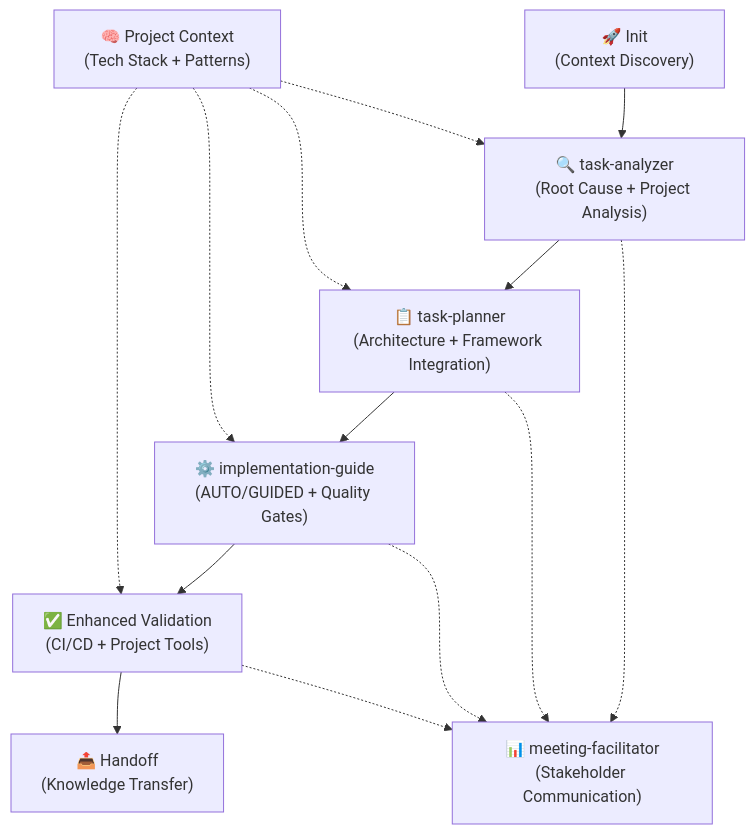
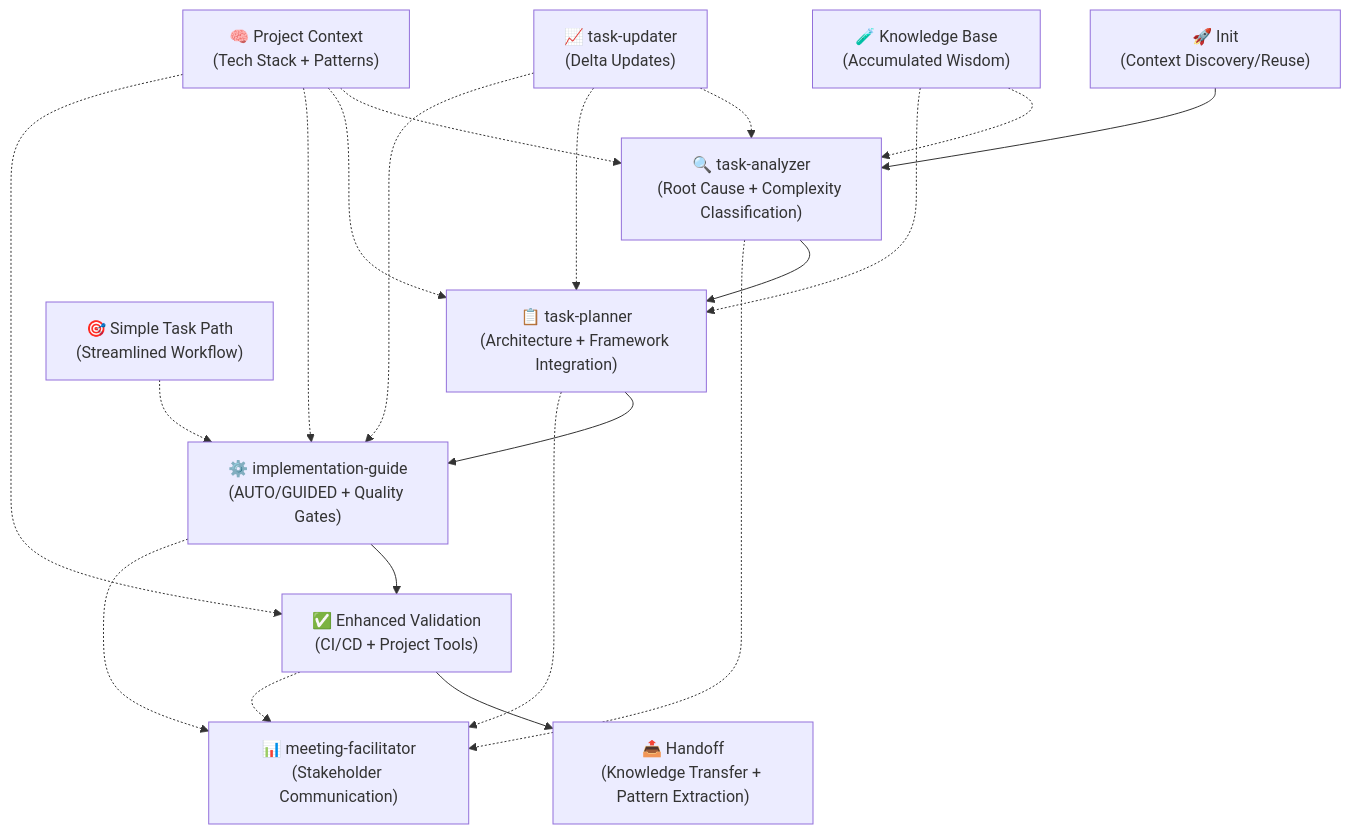
One commit to vik407/claude-tasks-workflow changed the diagram in README.md. Above: the diagram before and after it, drawn with Mermaid. The commit also changed other lines of this file and 12 other files, not shown here.

Commit message:
010925 Update workflow, context delta updates and eficiency

````diff
--- a/README.md
+++ b/README.md
@@ -115,18 +217,27 @@
 ```mermaid
 graph TB
-    A["🚀 Init<br/>(Context Discovery)"] --> B["🔍 task-analyzer<br/>(Root Cause + Project Analysis)"]
+    A["🚀 Init<br/>(Context Discovery/Reuse)"] --> B["🔍 task-analyzer<br/>(Root Cause + Complexity Classification)"]
     B --> C["📋 task-planner<br/>(Architecture + Framework Integration)"]
     C --> D["⚙️ implementation-guide<br/>(AUTO/GUIDED + Quality Gates)"]
     D --> E["✅ Enhanced Validation<br/>(CI/CD + Project Tools)"]
-    E --> F["📤 Handoff<br/>(Knowledge Transfer)"]
+    E --> F["📤 Handoff<br/>(Knowledge Transfer + Pattern Extraction)"]
 
     B -.-> G["📊 meeting-facilitator<br/>(Stakeholder Communication)"]
     C -.-> G
     D -.-> G
     E -.-> G
 
     H["🧠 Project Context<br/>(Tech Stack + Patterns)"] -.-> B
     H -.-> C
     H -.-> D
     H -.-> E
+    
+    I["📈 task-updater<br/>(Delta Updates)"] -.-> B
+    I -.-> C
+    I -.-> D
+    
+    J["🎯 Simple Task Path<br/>(Streamlined Workflow)"] -.-> D
+    
+    K["🧪 Knowledge Base<br/>(Accumulated Wisdom)"] -.-> B
+    K -.-> C
 ```
````
